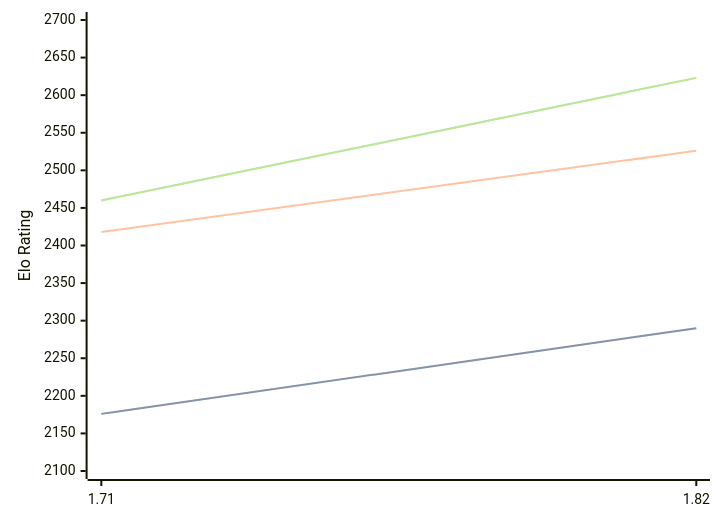
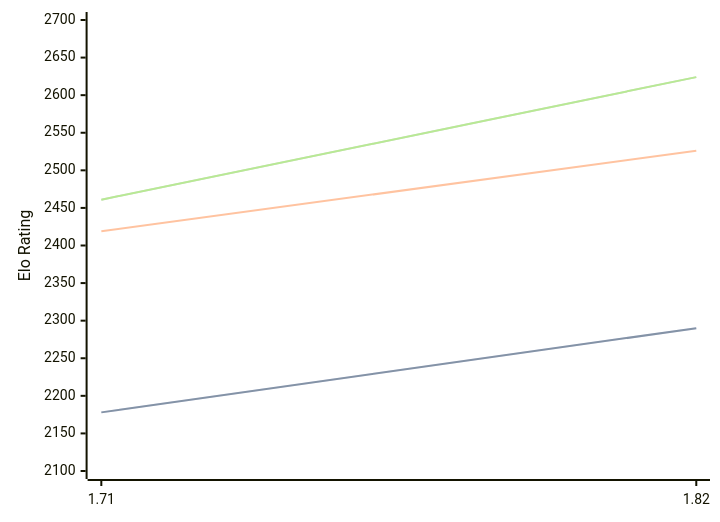
One commit to computer-chess-index/cci changed the diagram in engines/Amira.md. Above: the diagram before and after it, drawn with Mermaid. The commit also changed other lines of this file, not shown here.

Commit message:
Update CCI Ratings (ELO VLTC) - 2026-07-25

````diff
--- a/engines/Amira.md
+++ b/engines/Amira.md
@@ -35,11 +35,11 @@
 ```mermaid
 %%{init: {"theme":"base","themeVariables":{"seriesColors:['#a3a3a3','#222221','#faa371']}}}%%
 xychart-beta
   x-axis ["1.71", "1.82"]
   y-axis "Elo Rating" 2100 --> 2700
-  line "STC (8.0+0.08s)" [2176, 2290]
-  line "STC (8.0+0.08s)" [2176, 2290]
-  line "LTC (60.0+0.60s)" [2418, 2526]
-  line "VLTC (2m24s+1.12s)" [2460, 2623]
-  line "VLTC (2m24s+1.12s)" [2460, 2623]
+  line "STC (8.0+0.08s)" [2178, 2290]
+  line "STC (8.0+0.08s)" [2178, 2290]
+  line "LTC (60.0+0.60s)" [2419, 2526]
+  line "VLTC (2m24s+1.12s)" [2461, 2624]
+  line "VLTC (2m24s+1.12s)" [2461, 2624]
 ```
````
